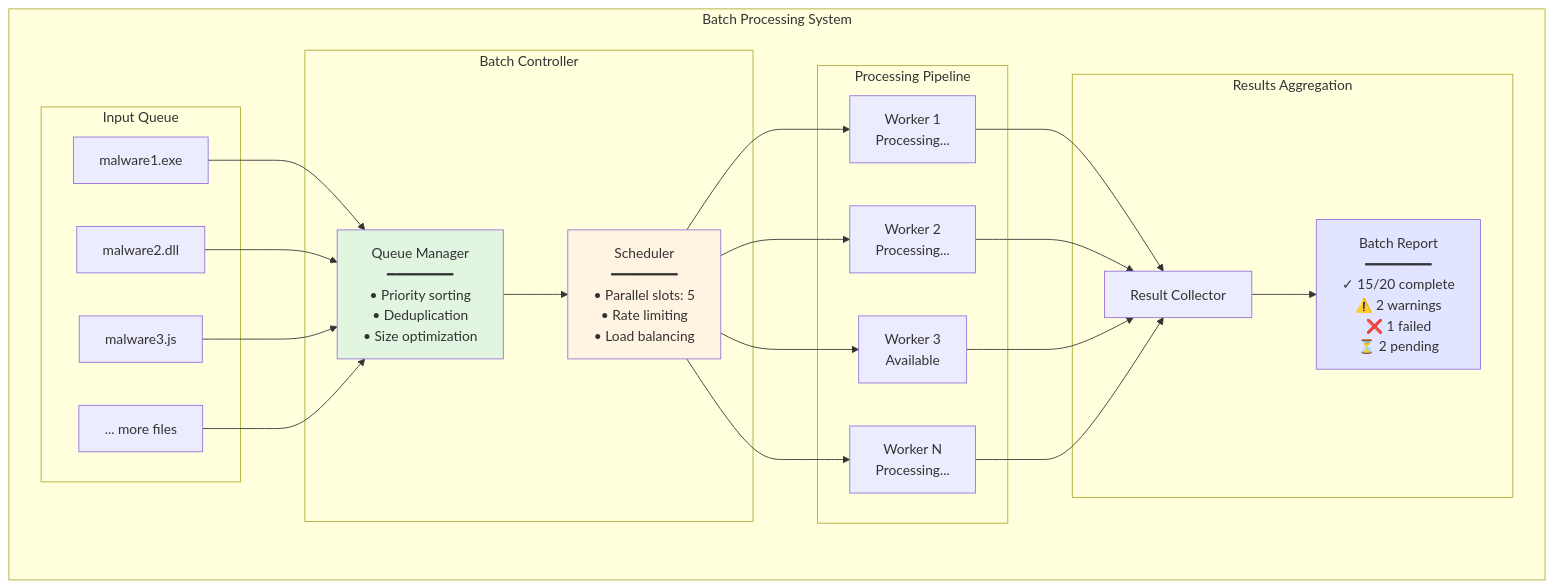
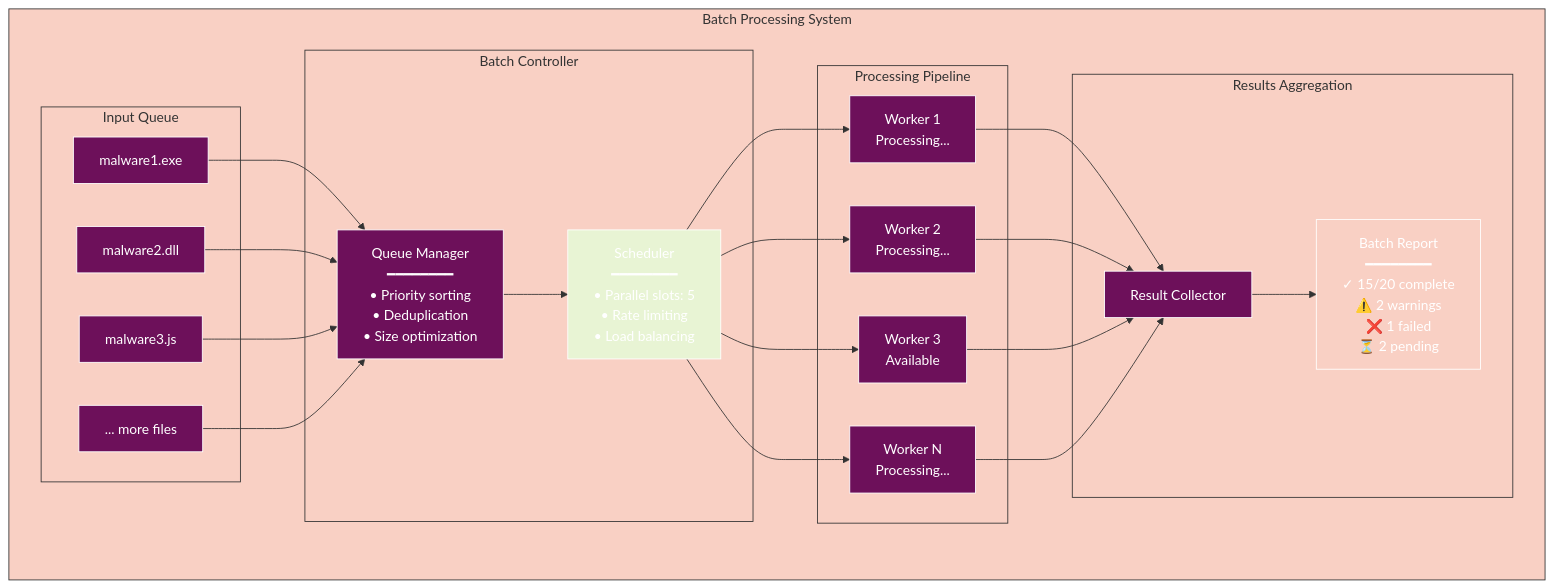
Before and after one commit to radicalkjax/Athena: the ninth of 16 diagrams in docs/USER_GUIDE.md, drawn with Mermaid. The commit also changed other lines of this file and 27 other files, not shown here.

Commit message:
Introduction of expo package manager. Updated docs to reflect changes. Unified mermaid theme for docs.

````diff
--- a/docs/USER_GUIDE.md
+++ b/docs/USER_GUIDE.md
@@ -803,52 +924,73 @@
 ```mermaid
+%%{init: {
+  'theme': 'base',
+  'themeVariables': {
+    'primaryColor': '#6d105a',
+    'primaryTextColor': '#ffffff',
+    'primaryBorderColor': '#ffffff',
+    'lineColor': '#333333',
+    'secondaryColor': '#e8f4d4',
+    'secondaryTextColor': '#333333',
+    'secondaryBorderColor': '#333333',
+    'tertiaryColor': '#f9d0c4',
+    'tertiaryTextColor': '#333333',
+    'tertiaryBorderColor': '#333333',
+    'background': '#ffffff',
+    'mainBkg': '#6d105a',
+    'secondBkg': '#e8f4d4',
+    'tertiaryBkg': '#f9d0c4',
+    'textColor': '#333333',
+    'fontFamily': 'Arial, sans-serif'
+  }
+}}%%
 graph TB
     subgraph "Batch Processing System"
         subgraph "Input Queue"
             File1[malware1.exe]
             File2[malware2.dll]
             File3[malware3.js]
             FileN[... more files]
         end
         
         subgraph "Batch Controller"
             Queue[Queue Manager<br/>━━━━━━━━<br/>• Priority sorting<br/>• Deduplication<br/>• Size optimization]
             
             Scheduler[Scheduler<br/>━━━━━━━━<br/>• Parallel slots: 5<br/>• Rate limiting<br/>• Load balancing]
         end
         
         subgraph "Processing Pipeline"
             Worker1[Worker 1<br/>Processing...]
             Worker2[Worker 2<br/>Processing...]
             Worker3[Worker 3<br/>Available]
             WorkerN[Worker N<br/>Processing...]
         end
         
         subgraph "Results Aggregation"
             Collector[Result Collector]
             Report[Batch Report<br/>━━━━━━━━<br/>✓ 15/20 complete<br/>⚠️ 2 warnings<br/>❌ 1 failed<br/>⏳ 2 pending]
         end
     end
     
     File1 --> Queue
     File2 --> Queue
     File3 --> Queue
     FileN --> Queue
     
     Queue --> Scheduler
     
     Scheduler --> Worker1
     Scheduler --> Worker2
     Scheduler --> Worker3
     Scheduler --> WorkerN
     
     Worker1 --> Collector
     Worker2 --> Collector
     Worker3 --> Collector
     WorkerN --> Collector
     
     Collector --> Report
     
-    style Queue fill:#e1f5e1
-    style Scheduler fill:#fff4e1
-    style Report fill:#e1e5ff
+    style Queue fill:#6d105a
+    style Scheduler fill:#e8f4d4
+    style Report fill:#f9d0c4
 ```
````
